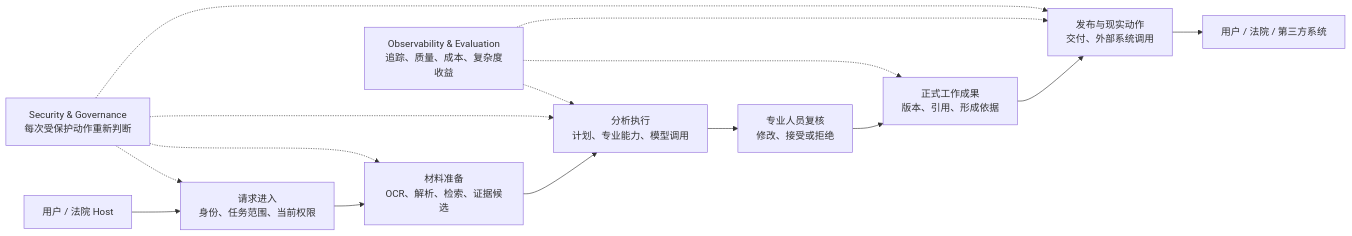
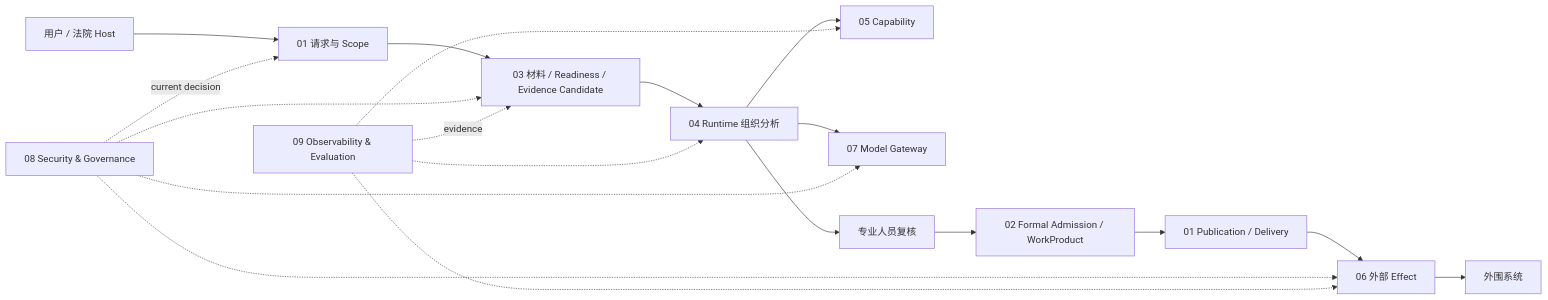
The diagram in docs/architecture/architecture.md (ProfessorZhi/Zuno), drawn with Mermaid before and after one commit. The commit also changed other lines of this file and 12 other files, not shown here.

First line of the commit message:
docs: tighten project and 1+9 architecture narrative

````diff
--- a/docs/architecture/architecture.md
+++ b/docs/architecture/architecture.md
@@ -58,18 +56,22 @@
 ```mermaid
 flowchart LR
-    U[用户 / 法院 Host] --> I[请求进入\n身份、任务范围、当前权限]
-    I --> K[材料准备\nOCR、解析、检索、证据候选]
-    K --> A[分析执行\n计划、专业能力、模型调用]
-    A --> H[专业人员复核\n修改、接受或拒绝]
-    H --> W[正式工作成果\n版本、引用、形成依据]
-    W --> P[发布与现实动作\n交付、外部系统调用]
-    P --> X[用户 / 法院 / 第三方系统]
+    U[用户 / 法院 Host] --> I[01 请求与 Scope]
+    I --> K[03 材料 / Readiness / Evidence Candidate]
+    K --> R[04 Runtime 组织分析]
+    R --> C[05 Capability]
+    R --> M[07 Model Gateway]
+    R --> H[专业人员复核]
+    H --> D[02 Formal Admission / WorkProduct]
+    D --> P[01 Publication / Delivery]
+    P --> E[06 外部 Effect]
+    E --> X[外围系统]
 
-    S[Security & Governance\n每次受保护动作重新判断] -.-> I
+    S[08 Security & Governance] -. current decision .-> I
     S -.-> K
-    S -.-> A
-    S -.-> P
-    O[Observability & Evaluation\n追踪、质量、成本、复杂度收益] -.-> A
-    O -.-> W
-    O -.-> P
+    S -.-> M
+    S -.-> E
+    O[09 Observability & Evaluation] -. evidence .-> K
+    O -.-> R
+    O -.-> C
+    O -.-> E
 ```
````
